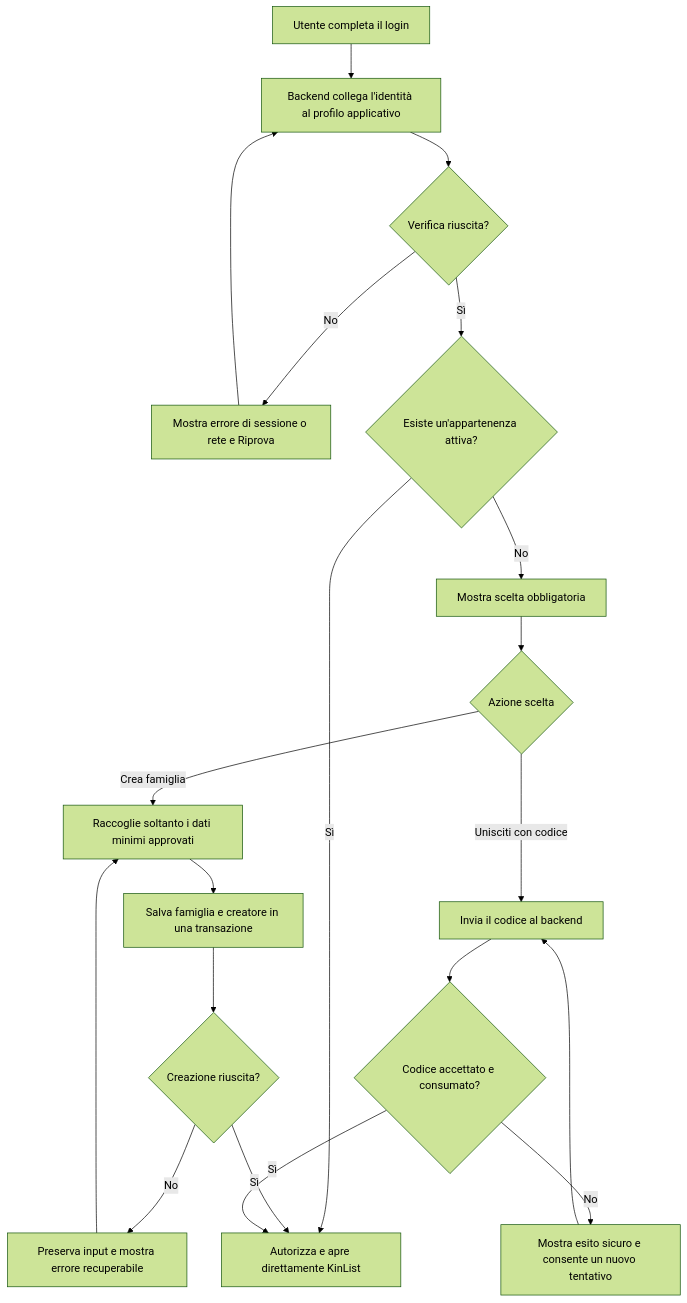
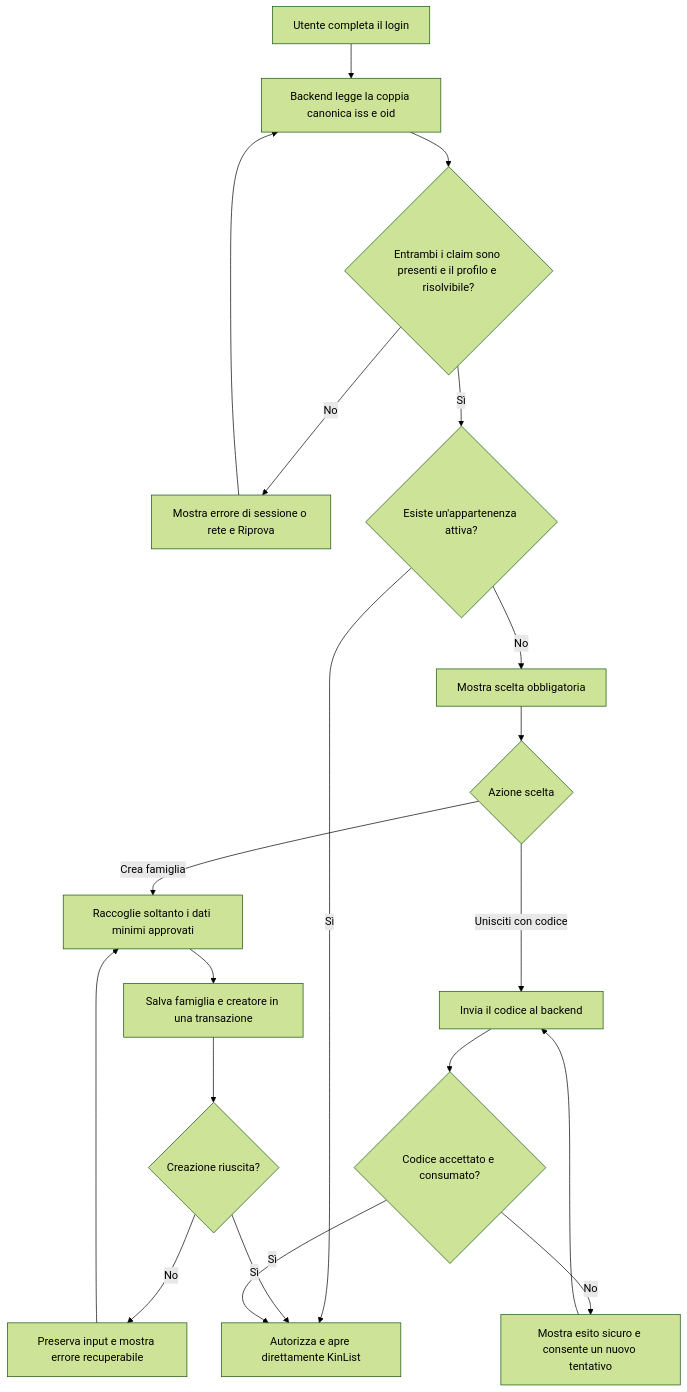
The diagram in docs/kinlist/research/tasks/family-onboarding/research.md (martinabruni/DA.KinHub), drawn with Mermaid (forest theme) before and after one commit. The commit also changed other lines of this file and 17 other files, not shown here.

````diff
--- a/docs/kinlist/research/tasks/family-onboarding/research.md
+++ b/docs/kinlist/research/tasks/family-onboarding/research.md
@@ -104,22 +104,22 @@
 ```mermaid
 flowchart TD
-    A["Utente completa il login"] --> B["Backend collega l'identità al profilo applicativo"]
-    B --> C{"Verifica riuscita?"}
+    A["Utente completa il login"] --> B["Backend legge la coppia canonica iss e oid"]
+    B --> C{"Entrambi i claim sono presenti e il profilo e risolvibile?"}
     C -- No --> D["Mostra errore di sessione o rete e Riprova"]
     D --> B
     C -- Sì --> E{"Esiste un'appartenenza attiva?"}
     E -- Sì --> F["Autorizza e apre direttamente KinList"]
     E -- No --> G["Mostra scelta obbligatoria"]
     G --> H{"Azione scelta"}
     H -- "Crea famiglia" --> I["Raccoglie soltanto i dati minimi approvati"]
     I --> J["Salva famiglia e creatore in una transazione"]
     J --> K{"Creazione riuscita?"}
     K -- No --> L["Preserva input e mostra errore recuperabile"]
     L --> I
     K -- Sì --> F
     H -- "Unisciti con codice" --> M["Invia il codice al backend"]
     M --> N{"Codice accettato e consumato?"}
     N -- No --> O["Mostra esito sicuro e consente un nuovo tentativo"]
     O --> M
     N -- Sì --> F
 ```
````
